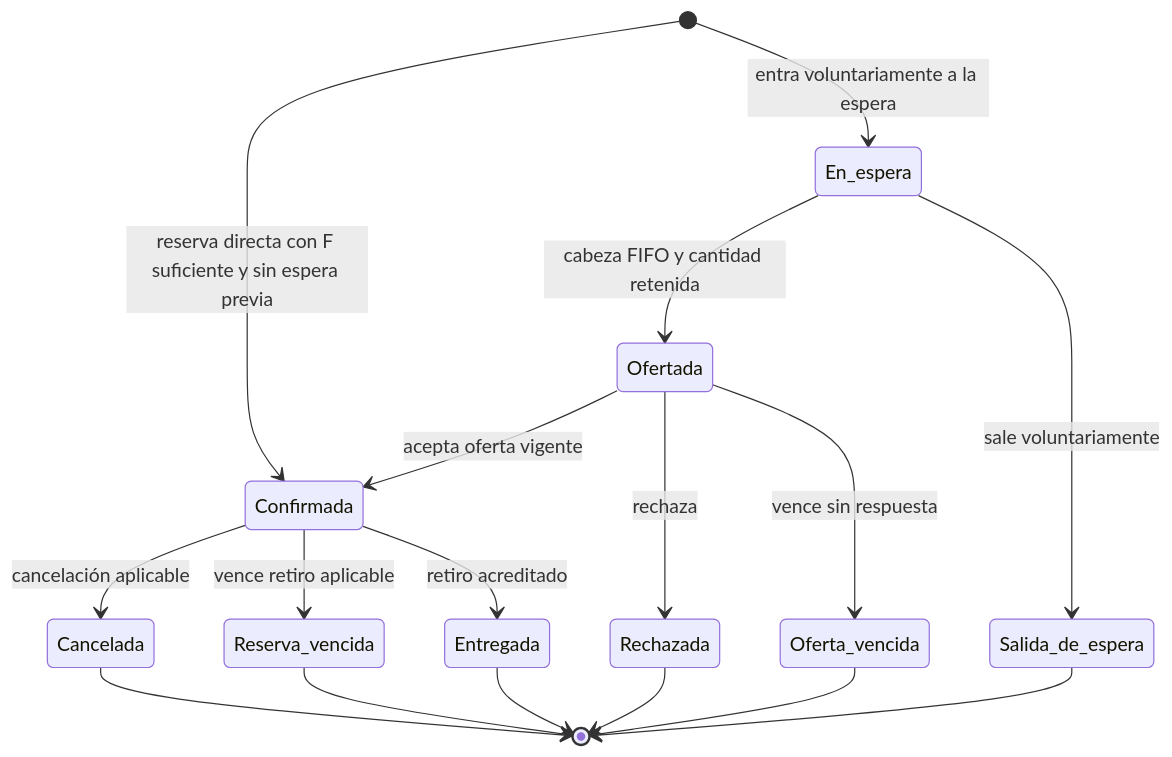
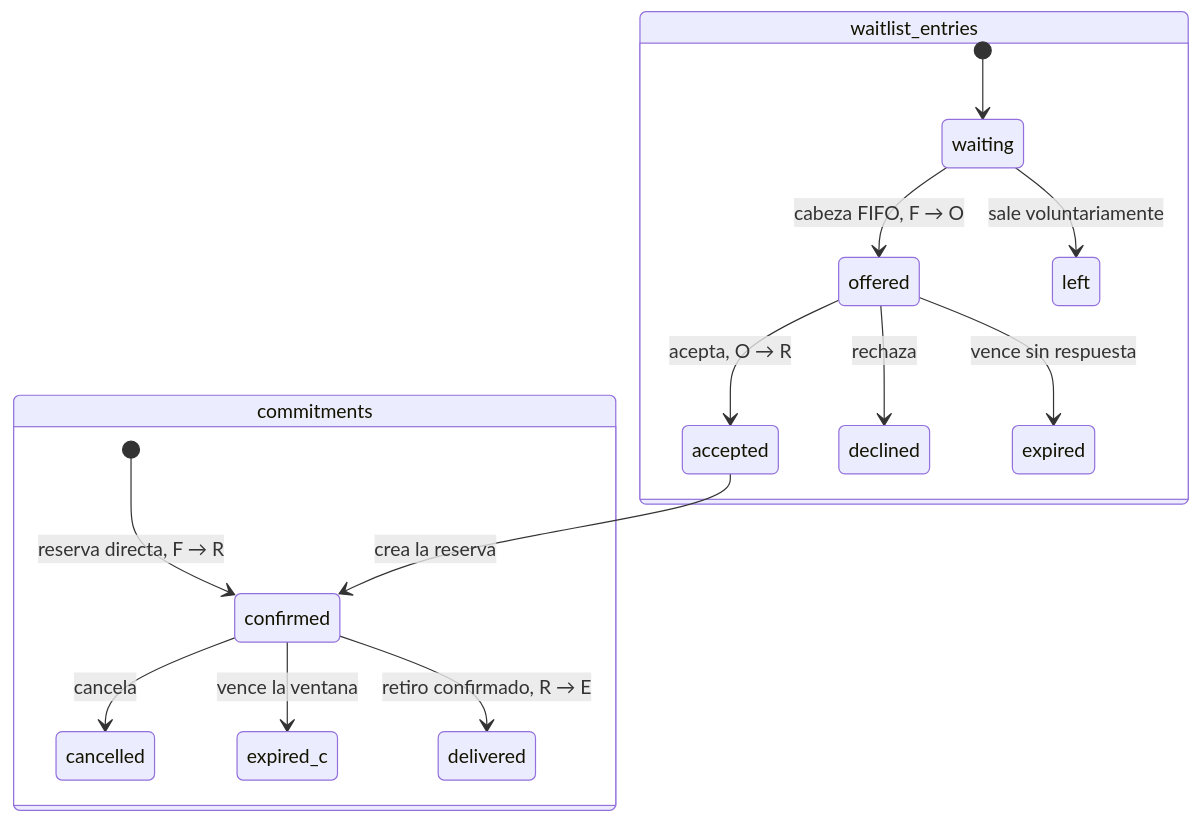
Before and after one commit to ClemoAcevedo/rescate: the third of 3 diagrams in docs/modelo-inicial.md, drawn with Mermaid. The commit also changed other lines of this file and 10 other files, not shown here.

````diff
--- a/docs/modelo-inicial.md
+++ b/docs/modelo-inicial.md
@@ -308,19 +131,18 @@
 ```mermaid
 stateDiagram-v2
-  [*] --> Confirmada: reserva directa con F suficiente y sin espera previa
-  [*] --> En_espera: entra voluntariamente a la espera
-  En_espera --> Ofertada: cabeza FIFO y cantidad retenida
-  En_espera --> Salida_de_espera: sale voluntariamente
-  Ofertada --> Confirmada: acepta oferta vigente
-  Ofertada --> Rechazada: rechaza
-  Ofertada --> Oferta_vencida: vence sin respuesta
-  Confirmada --> Cancelada: cancelación aplicable
-  Confirmada --> Reserva_vencida: vence retiro aplicable
-  Confirmada --> Entregada: retiro acreditado
-  Rechazada --> [*]
-  Salida_de_espera --> [*]
-  Oferta_vencida --> [*]
-  Cancelada --> [*]
-  Reserva_vencida --> [*]
-  Entregada --> [*]
+  state "waitlist_entries" as W {
+    [*] --> waiting
+    waiting --> offered: cabeza FIFO, F → O
+    waiting --> left: sale voluntariamente
+    offered --> accepted: acepta, O → R
+    offered --> declined: rechaza
+    offered --> expired: vence sin respuesta
+  }
+  state "commitments" as C {
+    [*] --> confirmed: reserva directa, F → R
+    confirmed --> cancelled: cancela
+    confirmed --> expired_c: vence la ventana
+    confirmed --> delivered: retiro confirmado, R → E
+  }
+  accepted --> confirmed: crea la reserva
 ```
````
